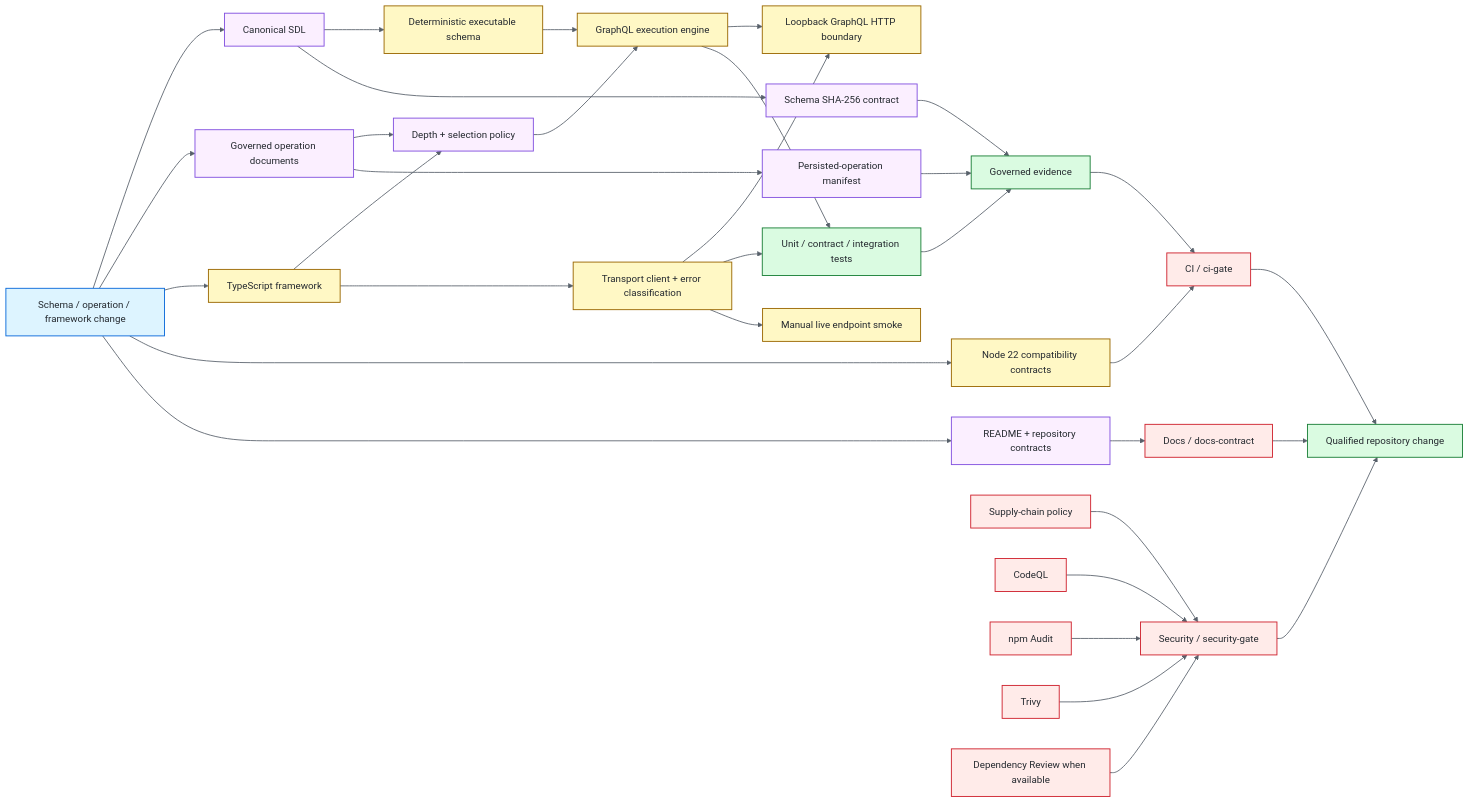
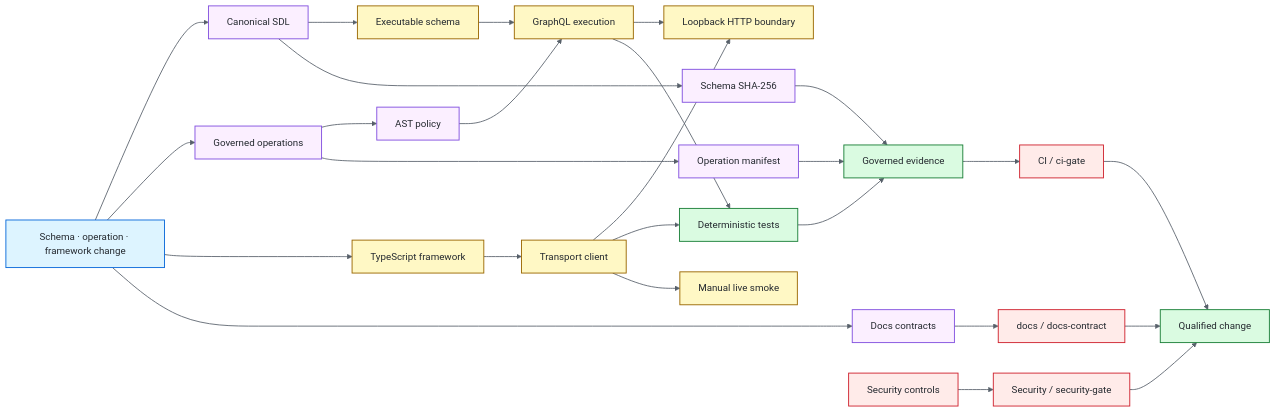
The diagram in README.md (portyu9/qa-automation-graphql), drawn with Mermaid before and after one commit. The commit also changed other lines of this file, not shown here.

Commit message:
docs: streamline GraphQL README

````diff
--- a/README.md
+++ b/README.md
@@ -42,54 +41,45 @@
 ```mermaid
 flowchart LR
-    CHANGE[Schema / operation / framework change] --> SDL[Canonical SDL]
-    CHANGE --> OPS[Governed operation documents]
+    CHANGE[Schema · operation · framework change] --> SDL[Canonical SDL]
+    CHANGE --> OPS[Governed operations]
     CHANGE --> CODE[TypeScript framework]
 
-    SDL --> SCHEMA[Deterministic executable schema]
-    SCHEMA --> EXEC[GraphQL execution engine]
-    CODE --> POLICY[Depth + selection policy]
-    OPS --> POLICY
-    POLICY --> EXEC
+    SDL --> SCHEMA[Executable schema]
+    OPS --> POLICY[AST policy]
+    POLICY --> EXEC[GraphQL execution]
+    SCHEMA --> EXEC
 
-    CODE --> CLIENT[Transport client + error classification]
-    EXEC --> LOOP[Loopback GraphQL HTTP boundary]
+    CODE --> CLIENT[Transport client]
+    EXEC --> LOOP[Loopback HTTP boundary]
     CLIENT --> LOOP
 
-    SDL --> SF[Schema SHA-256 contract]
-    OPS --> MANIFEST[Persisted-operation manifest]
-    EXEC --> TESTS[Unit / contract / integration tests]
-    CLIENT --> TESTS
-    SF --> EVIDENCE[Governed evidence]
-    MANIFEST --> EVIDENCE
-    TESTS --> EVIDENCE
-    EVIDENCE --> CIGATE[CI / ci-gate]
-    CHANGE --> NODE22[Node 22 compatibility contracts]
-    NODE22 --> CIGATE
+    SDL --> SF[Schema SHA-256]
+    OPS --> MF[Operation manifest]
+    EXEC --> TEST[Deterministic tests]
+    CLIENT --> TEST
+    SF --> EV[Governed evidence]
+    MF --> EV
+    TEST --> EV
+    EV --> CIG[CI / ci-gate]
 
-    CLIENT --> LIVE[Manual live endpoint smoke]
+    CLIENT --> LIVE[Manual live smoke]
+    CHANGE --> DOCS[Docs contracts]
+    DOCS --> DG[docs / docs-contract]
+    SEC[Security controls] --> SG[Security / security-gate]
 
-    CHANGE --> DOCS[README + repository contracts]
-    DOCS --> DG[Docs / docs-contract]
-
-    SUPPLY[Supply-chain policy] --> SG[Security / security-gate]
-    SAST[CodeQL] --> SG
-    AUDIT[npm Audit] --> SG
-    TRIVY[Trivy] --> SG
-    REVIEW[Dependency Review when available] --> SG
-
-    CIGATE --> RESULT[Qualified repository change]
+    CIG --> RESULT[Qualified change]
     DG --> RESULT
     SG --> RESULT
 
-    classDef entry fill:#ddf4ff,stroke:#0969da,color:#24292f,stroke-width:1.5px;
-    classDef contract fill:#fbefff,stroke:#8250df,color:#24292f,stroke-width:1.5px;
-    classDef runtime fill:#fff8c5,stroke:#9a6700,color:#24292f,stroke-width:1.5px;
-    classDef evidence fill:#dafbe1,stroke:#1a7f37,color:#24292f,stroke-width:1.5px;
-    classDef gate fill:#ffebe9,stroke:#cf222e,color:#24292f,stroke-width:1.5px;
+    classDef entry fill:#DDF4FF,stroke:#0969DA,color:#24292F,stroke-width:1.5px;
+    classDef contract fill:#FBEFFF,stroke:#8250DF,color:#24292F,stroke-width:1.5px;
+    classDef runtime fill:#FFF8C5,stroke:#9A6700,color:#24292F,stroke-width:1.5px;
+    classDef evidence fill:#DAFBE1,stroke:#1A7F37,color:#24292F,stroke-width:1.5px;
+    classDef gate fill:#FFEBE9,stroke:#CF222E,color:#24292F,stroke-width:1.5px;
     class CHANGE entry;
-    class SDL,OPS,POLICY,SF,MANIFEST,DOCS contract;
-    class SCHEMA,EXEC,CODE,CLIENT,LOOP,LIVE,NODE22 runtime;
-    class TESTS,EVIDENCE,RESULT evidence;
-    class CIGATE,DG,SUPPLY,SAST,AUDIT,TRIVY,REVIEW,SG gate;
-    linkStyle default stroke:#57606a,stroke-width:1.4px;
+    class SDL,OPS,POLICY,SF,MF,DOCS contract;
+    class SCHEMA,EXEC,CODE,CLIENT,LOOP,LIVE runtime;
+    class TEST,EV,RESULT evidence;
+    class CIG,DG,SEC,SG gate;
+    linkStyle default stroke:#57606A,stroke-width:1.4px;
 ```
````
